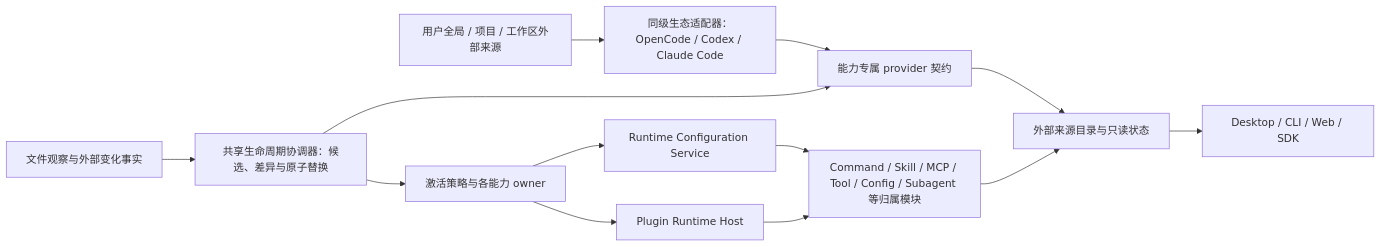
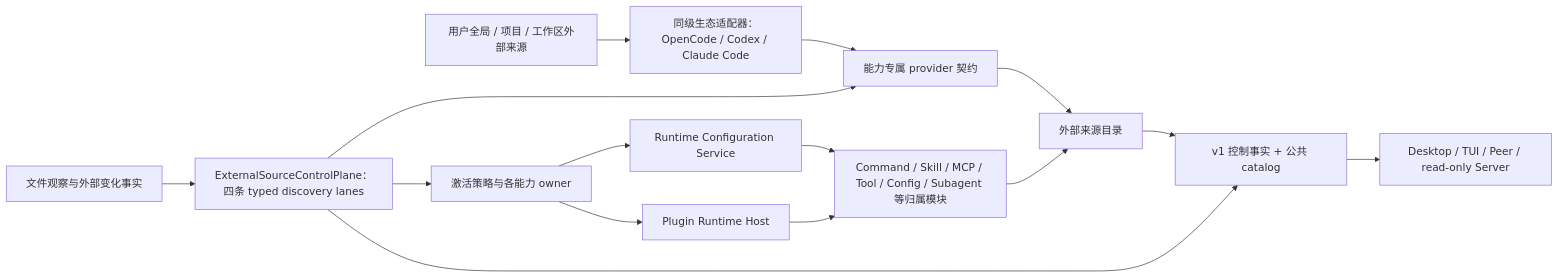
One commit to 1688mengdie/BitFun changed the diagram in docs/architecture/extensions/external-ai-work-sources-design.md. Above: the diagram before and after it, drawn with Mermaid. The commit also changed other lines of this file and 67 other files, not shown here.

First line of the commit message:
feat: unify external source control and runtime containment

````diff
--- a/docs/architecture/extensions/external-ai-work-sources-design.md
+++ b/docs/architecture/extensions/external-ai-work-sources-design.md
@@ -205,27 +214,30 @@
 ```mermaid
 flowchart LR
   Sources["用户全局 / 项目 / 工作区外部来源"]
   Adapters["同级生态适配器：OpenCode / Codex / Claude Code"]
   Ports["能力专属 provider 契约"]
-  Catalog["外部来源目录与只读状态"]
+  Catalog["外部来源目录"]
   Watch["文件观察与外部变化事实"]
-  Coordinator["共享生命周期协调器：候选、差异与原子替换"]
+  Coordinator["ExternalSourceControlPlane：四条 typed discovery lanes"]
+  Projection["v1 控制事实 + 公共 catalog"]
   Policy["激活策略与各能力 owner"]
   Config["Runtime Configuration Service"]
   Host["Plugin Runtime Host"]
   Owners["Command / Skill / MCP / Tool / Config / Subagent 等归属模块"]
-  Surface["Desktop / CLI / Web / SDK"]
+  Surface["Desktop / TUI / Peer / read-only Server"]
 
   Sources --> Adapters
   Adapters --> Ports
   Watch --> Coordinator
   Coordinator --> Ports
   Ports --> Catalog
-  Catalog --> Surface
+  Catalog --> Projection
+  Coordinator --> Projection
+  Projection --> Surface
   Coordinator --> Policy
   Policy --> Config
   Policy --> Host
   Config --> Owners
   Host --> Owners
   Owners --> Catalog
 ```
````
